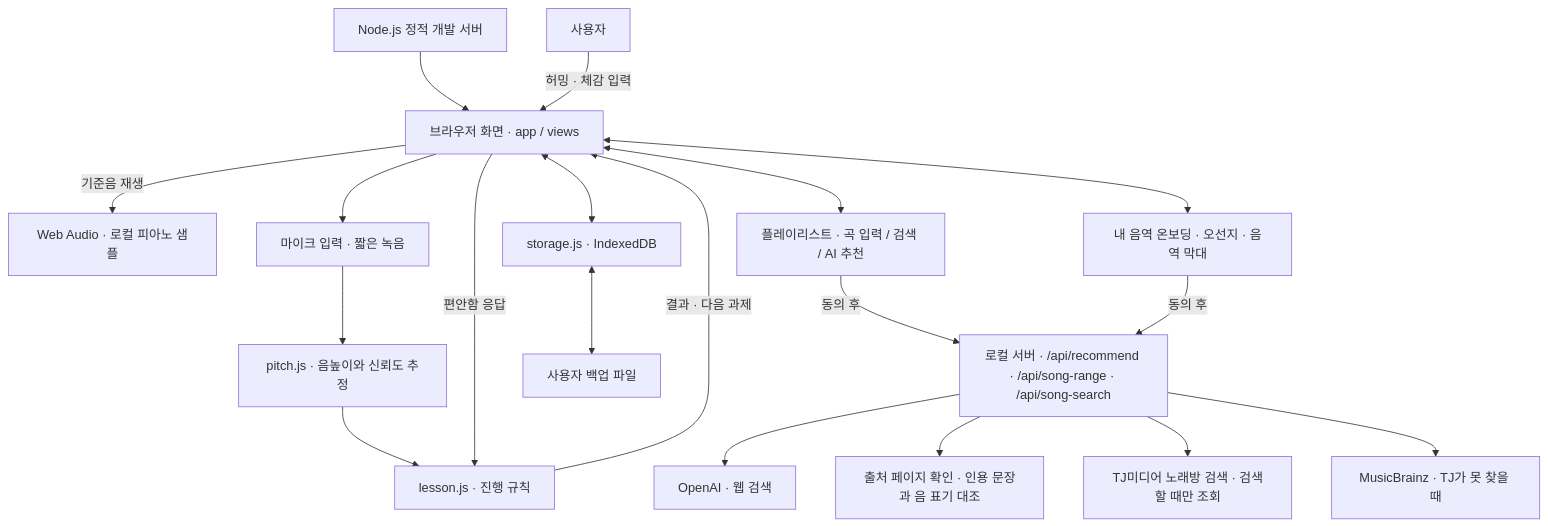
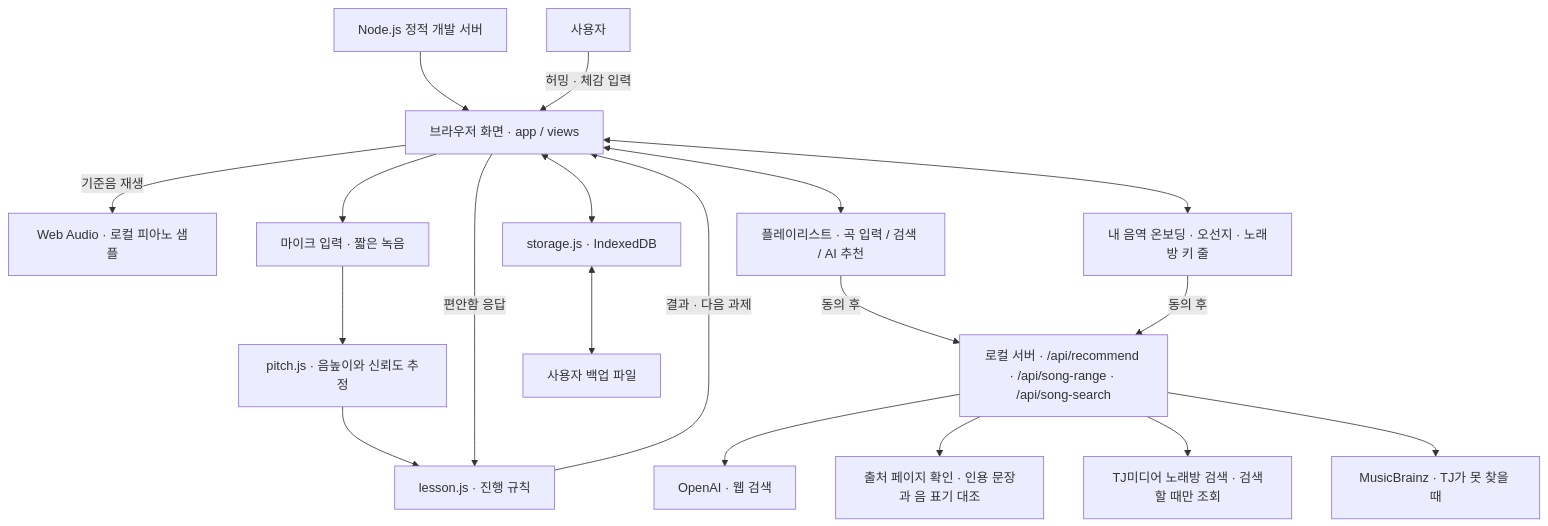
Before and after one commit to Yoonsung-kor/SING: the first of 2 diagrams in docs/architecture.md, drawn with Mermaid. The commit also changed other lines of this file and 10 other files, not shown here.

````diff
--- a/docs/architecture.md
+++ b/docs/architecture.md
@@ -7,21 +7,21 @@
 ```mermaid
 flowchart TD
     Static[Node.js 정적 개발 서버] --> UI[브라우저 화면 · app / views]
     User[사용자] -->|허밍 · 체감 입력| UI
     UI -->|기준음 재생| Piano[Web Audio · 로컬 피아노 샘플]
     UI --> Capture[마이크 입력 · 짧은 녹음]
     Capture --> Pitch[pitch.js · 음높이와 신뢰도 추정]
     Pitch --> Lesson[lesson.js · 진행 규칙]
     UI -->|편안함 응답| Lesson
     Lesson -->|결과 · 다음 과제| UI
     UI <--> Songs[플레이리스트 · 곡 입력 / 검색 / AI 추천]
-    UI <--> Voice[내 음역 온보딩 · 오선지 · 음역 막대]
+    UI <--> Voice[내 음역 온보딩 · 오선지 · 노래방 키 줄]
     Songs -->|동의 후| Server[로컬 서버 · /api/recommend · /api/song-range · /api/song-search]
     Voice -->|동의 후| Server
     Server --> OpenAI[OpenAI · 웹 검색]
     Server --> Check[출처 페이지 확인 · 인용 문장과 음 표기 대조]
     Server --> TJ[TJ미디어 노래방 검색 · 검색할 때만 조회]
     Server --> MB[MusicBrainz · TJ가 못 찾을 때]
     UI <--> Store[storage.js · IndexedDB]
     Store <--> Backup[사용자 백업 파일]
 ```
````
